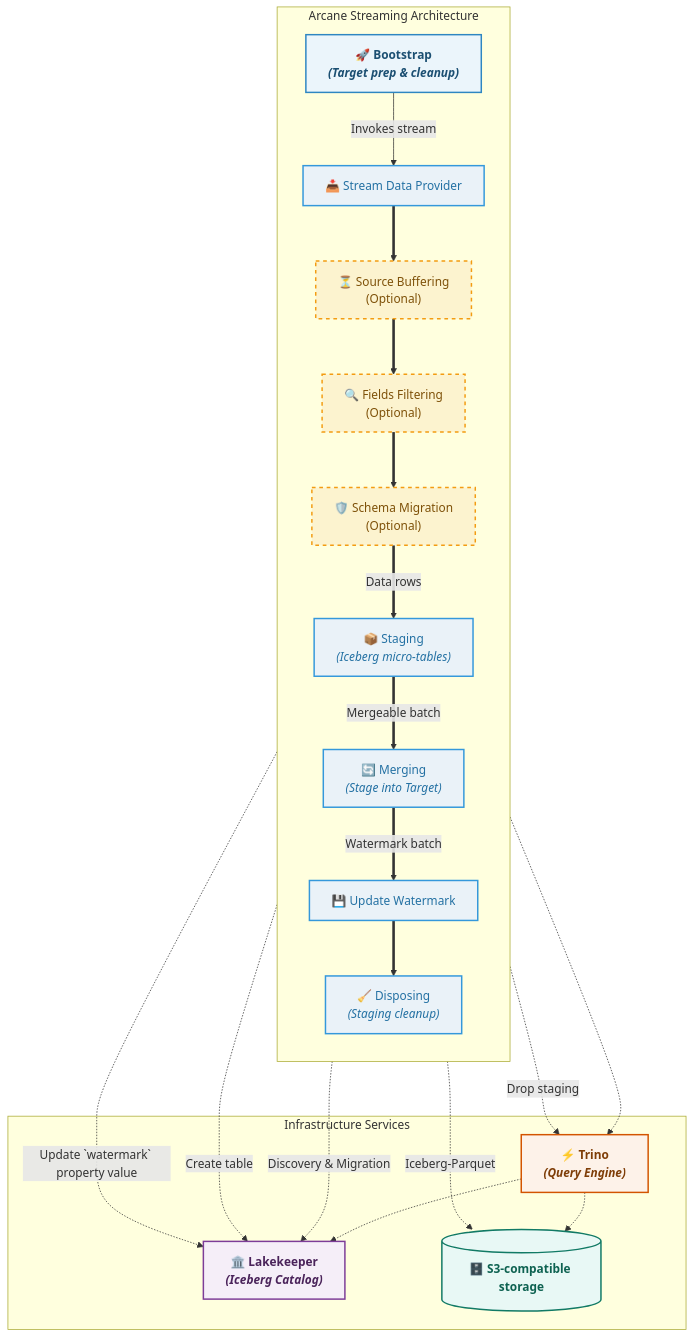
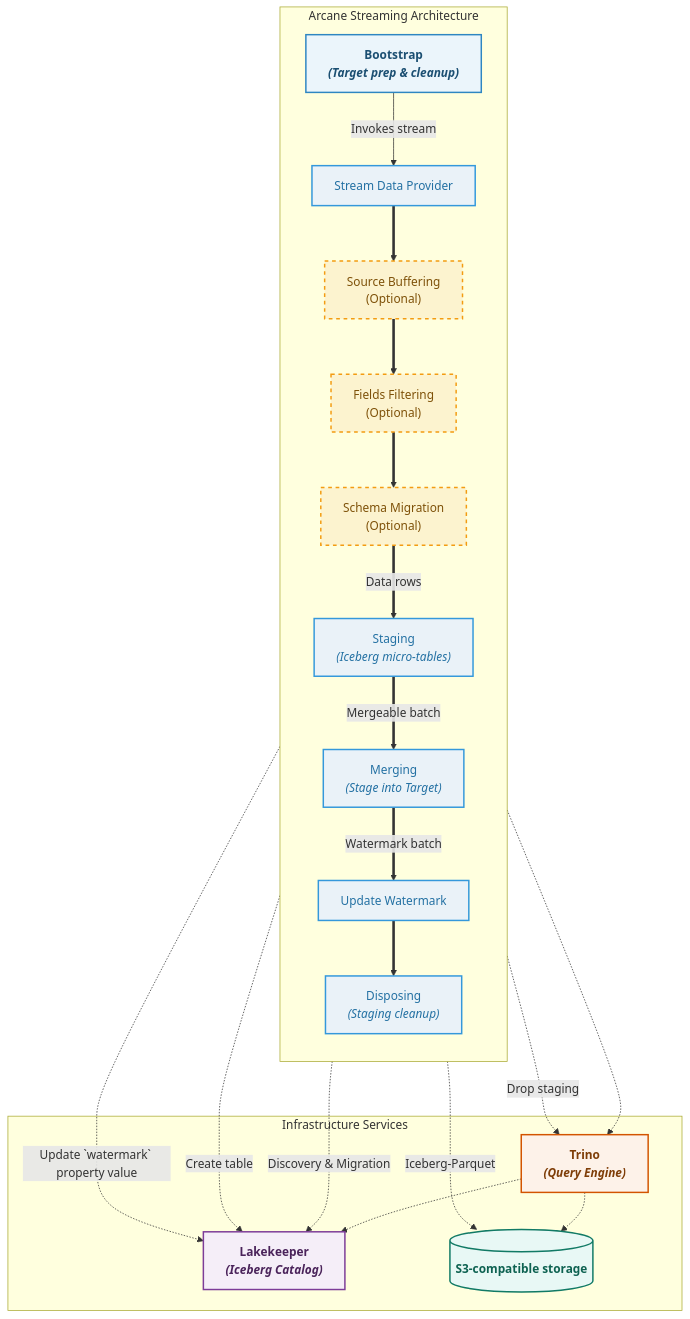
The diagram in docs/architecture.md (SneaksAndData/arcane-framework-scala), drawn with Mermaid before and after one commit.

Commit message:
Refresh architecture diagram

````diff
--- a/docs/architecture.md
+++ b/docs/architecture.md
@@ -1,52 +1,52 @@
 ```mermaid
 graph TD
-    %% Modern Professional Theme & Styling
+    %% Styling
     classDef bootstrap fill:#ebf5fb,stroke:#2e86c1,stroke-width:2px,color:#1b4f72,font-weight:bold;
     classDef core fill:#eaf2f8,stroke:#3498db,stroke-width:2px,color:#2471a3;
     classDef optional fill:#fcf3cf,stroke:#f39c12,stroke-width:2px,stroke-dasharray: 5 5,color:#7e5109;
     classDef storage fill:#e8f8f5,stroke:#117a65,stroke-width:2px,color:#0e6251,font-weight:bold;
     classDef catalog fill:#f5eef8,stroke:#7d3c98,stroke-width:2px,color:#4a235a,font-weight:bold;
     classDef engine fill:#fdf2e9,stroke:#d35400,stroke-width:2px,color:#7e3d07,font-weight:bold;
 
     subgraph Arcane [Arcane Streaming Architecture]
         direction TB
-        Bootstrap["🚀 Bootstrap<br/><i>(Target prep & cleanup)</i>"]:::bootstrap
-        StreamDataProvider["📥 Stream Data Provider"]:::core
-        SourceBuffering["⏳ Source Buffering<br/>(Optional)"]:::optional
-        FieldsFiltering["🔍 Fields Filtering<br/>(Optional)"]:::optional
-        SchemaDiscoveryMigration["🛡️ Schema Migration<br/>(Optional)"]:::optional
-        Staging["📦 Staging<br/><i>(Iceberg micro-tables)</i>"]:::core
-        Merging["🔄 Merging<br/><i>(Stage into Target)</i>"]:::core
-        WatermarkUpdate["💾 Update Watermark"]:::core
-        Disposing["🧹 Disposing<br/><i>(Staging cleanup)</i>"]:::core
+        Bootstrap["Bootstrap<br/><i>(Target prep & cleanup)</i>"]:::bootstrap
+        StreamDataProvider["Stream Data Provider"]:::core
+        SourceBuffering["Source Buffering<br/>(Optional)"]:::optional
+        FieldsFiltering["Fields Filtering<br/>(Optional)"]:::optional
+        SchemaDiscoveryMigration["Schema Migration<br/>(Optional)"]:::optional
+        Staging["Staging<br/><i>(Iceberg micro-tables)</i>"]:::core
+        Merging["Merging<br/><i>(Stage into Target)</i>"]:::core
+        WatermarkUpdate["Update Watermark"]:::core
+        Disposing["Disposing<br/><i>(Staging cleanup)</i>"]:::core
     end
 
     subgraph Infrastructure [Infrastructure Services]
-        Lakekeeper["🏛️ Lakekeeper<br/><i>(Iceberg Catalog)</i>"]:::catalog
-        S3[("🗄️ S3-compatible storage")]:::storage
-        Trino["⚡ Trino<br/><i>(Query Engine)</i>"]:::engine
+        Lakekeeper["Lakekeeper<br/><i>(Iceberg Catalog)</i>"]:::catalog
+        S3[("S3-compatible storage")]:::storage
+        Trino["Trino<br/><i>(Query Engine)</i>"]:::engine
     end
 
     %% Internal pipeline connections & Data Flows
     Bootstrap -->|Invokes stream| StreamDataProvider
     StreamDataProvider ==> SourceBuffering
     SourceBuffering ==> FieldsFiltering
     FieldsFiltering ==> SchemaDiscoveryMigration
     SchemaDiscoveryMigration ==>|"Data rows"| Staging
     Staging ==>|"Mergeable batch"| Merging
     Merging ==>|"Watermark batch"| WatermarkUpdate
     WatermarkUpdate ==> Disposing
 
     %% External Data and Command Interactions
     SchemaDiscoveryMigration -.->|"Discovery & Migration"| Lakekeeper
     Staging -.->|"Iceberg-Parquet"| S3
     Staging -.->|"Create table"| Lakekeeper
 
     Merging -.-> Trino
     WatermarkUpdate -.->|"Update `watermark` property value"| Lakekeeper
     Disposing -.->|"Drop staging"| Trino
 
     %% Trino Interactions
     Trino -.-> Lakekeeper
     Trino -.-> S3
 ```
````
